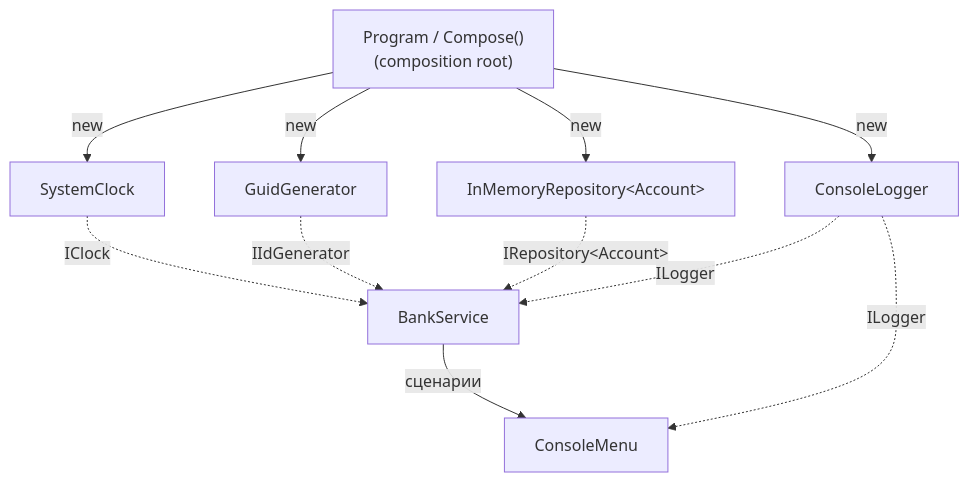
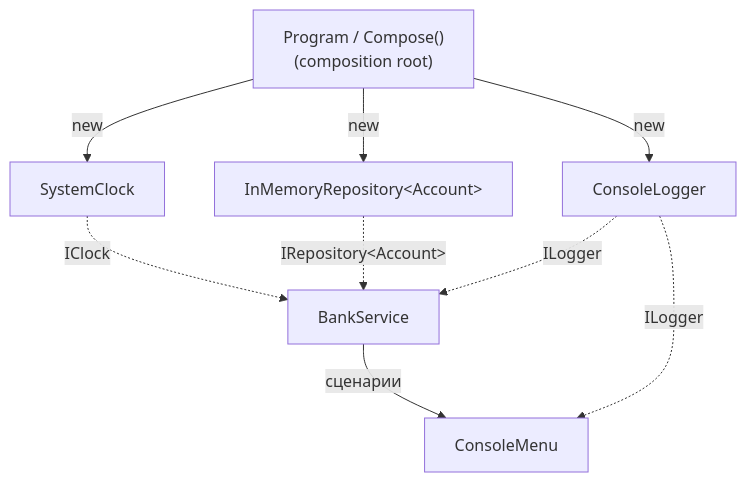
The second of 5 diagrams in README.md (Tr1nside/C--learn-bank), drawn with Mermaid before and after one commit. The commit also changed other lines of this file and 5 other files, not shown here.

````diff
--- a/README.md
+++ b/README.md
@@ -76,17 +74,15 @@
 ```mermaid
 flowchart TD
     P["Program / Compose()<br/>(composition root)"]
 
     P -->|"new"| SC["SystemClock"]
-    P -->|"new"| GG["GuidGenerator"]
     P -->|"new"| IR["InMemoryRepository&lt;Account&gt;"]
     P -->|"new"| CL["ConsoleLogger"]
 
     SC -.->|"IClock"| BS["BankService"]
-    GG -.->|"IIdGenerator"| BS
     IR -.->|"IRepository&lt;Account&gt;"| BS
     CL -.->|"ILogger"| BS
 
     BS -->|"сценарии"| UI["ConsoleMenu"]
     CL -.->|"ILogger"| UI
 ```
````
